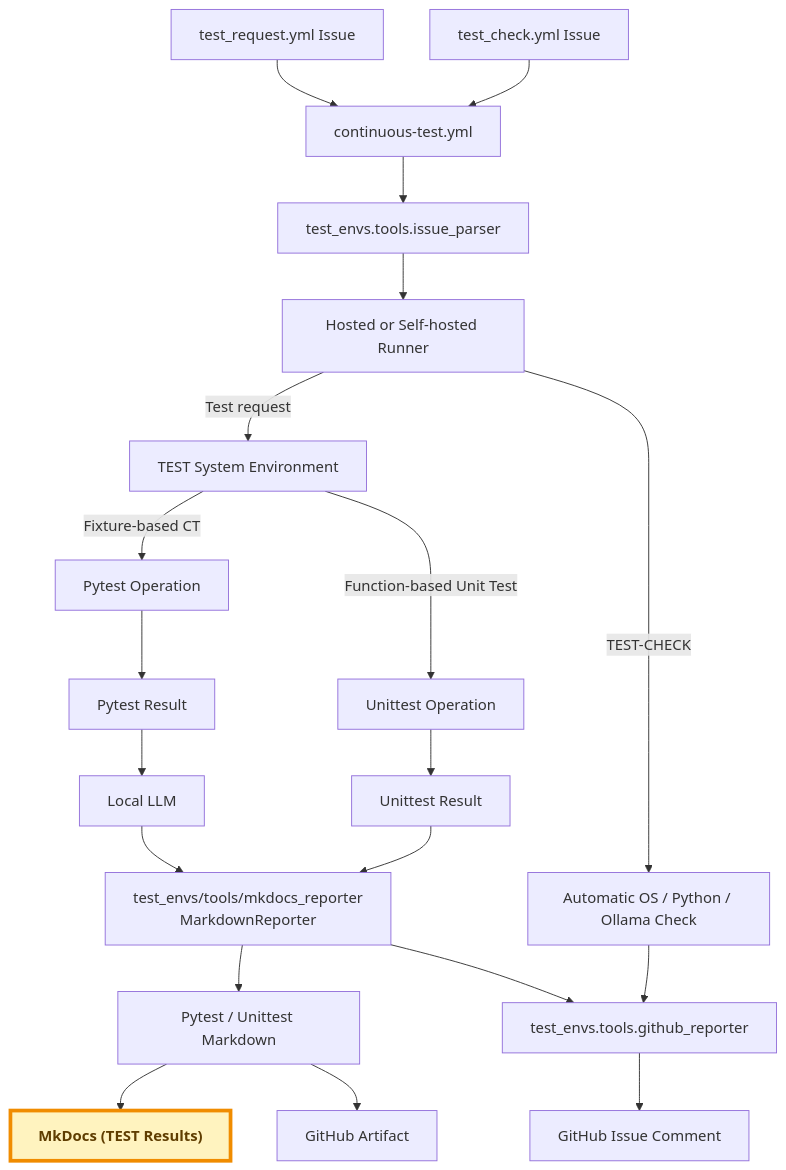
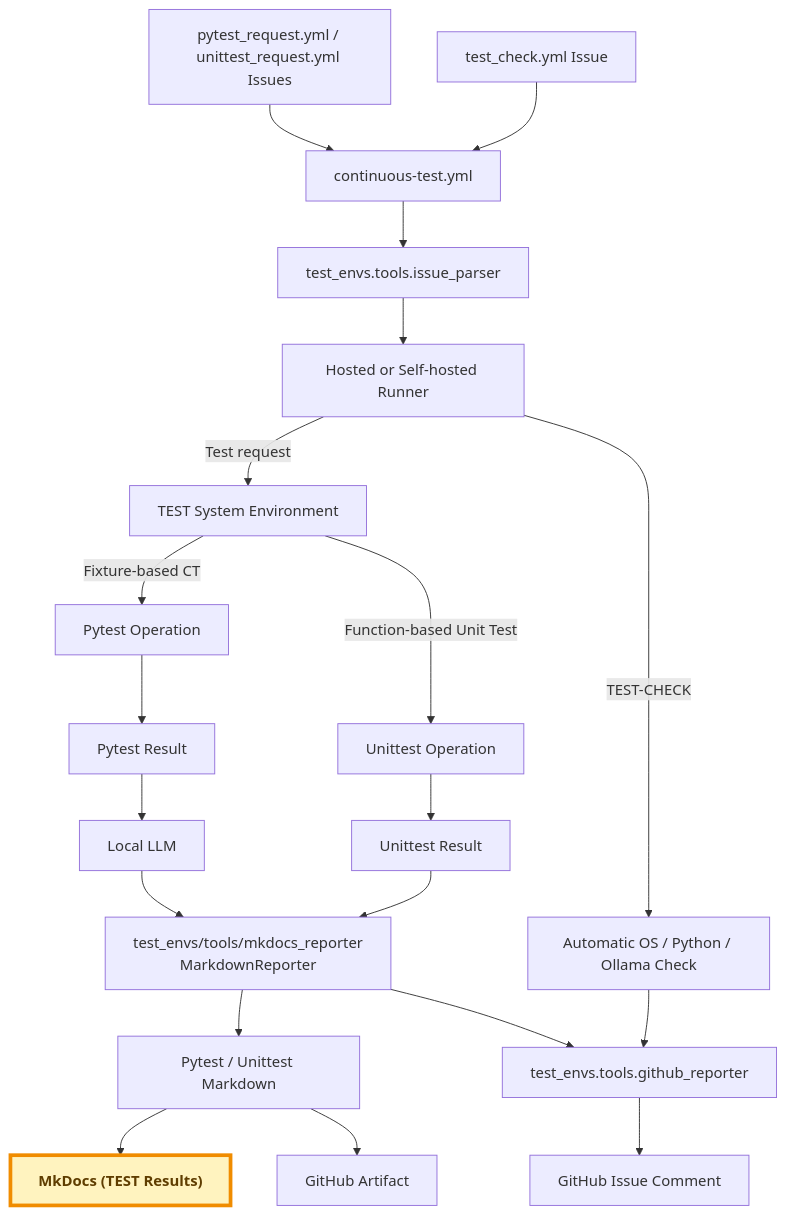
One commit to JeonghunLee/AI-driven-CI-CT changed the second of 2 diagrams in docs/index.md. Above: the diagram before and after it, drawn with Mermaid. The commit also changed other lines of this file and 7 other files, not shown here.

Commit message:
feat: Update issue templates and workflows for Pytest and Unittest requests, enhancing detection and reporting

````diff
--- a/docs/index.md
+++ b/docs/index.md
@@ -127,40 +127,40 @@
 ```mermaid
 flowchart TD
-    REQUEST[test_request.yml Issue]
+    REQUEST[pytest_request.yml / unittest_request.yml Issues]
     CHECK_REQUEST[test_check.yml Issue]
     WORKFLOW[continuous-test.yml]
     PARSER[test_envs.tools.issue_parser]
     RUNNER[Hosted or Self-hosted Runner]
     ENV[TEST System Environment]
     ENV_CHECK[Automatic OS / Python / Ollama Check]
     PYTEST[Pytest Operation]
     UNITTEST[Unittest Operation]
     PYTEST_RESULT[Pytest Result]
     UNITTEST_RESULT[Unittest Result]
     LLM[Local LLM]
     REPORTER["test_envs/tools/mkdocs_reporter<br/>MarkdownReporter"]
     GITHUB_REPORTER[test_envs.tools.github_reporter]
     MARKDOWN["Pytest / Unittest Markdown"]
     MKDOCS["MkDocs (TEST Results)"]
     ISSUE[GitHub Issue Comment]
     ARTIFACT[GitHub Artifact]
 
     REQUEST --> WORKFLOW
     CHECK_REQUEST --> WORKFLOW
     WORKFLOW --> PARSER --> RUNNER
     RUNNER -->|Test request| ENV
     RUNNER -->|TEST-CHECK| ENV_CHECK --> GITHUB_REPORTER --> ISSUE
     ENV -->|Fixture-based CT| PYTEST
     ENV -->|Function-based Unit Test| UNITTEST
 
     PYTEST --> PYTEST_RESULT --> LLM --> REPORTER
     UNITTEST --> UNITTEST_RESULT --> REPORTER
 
     REPORTER --> MARKDOWN
     MARKDOWN --> MKDOCS
     REPORTER --> GITHUB_REPORTER
     MARKDOWN --> ARTIFACT
 
     classDef testResults fill:#fff3bf,stroke:#f08c00,stroke-width:4px,color:#5f3d00,font-weight:bold
     class MKDOCS testResults
 ```
````
